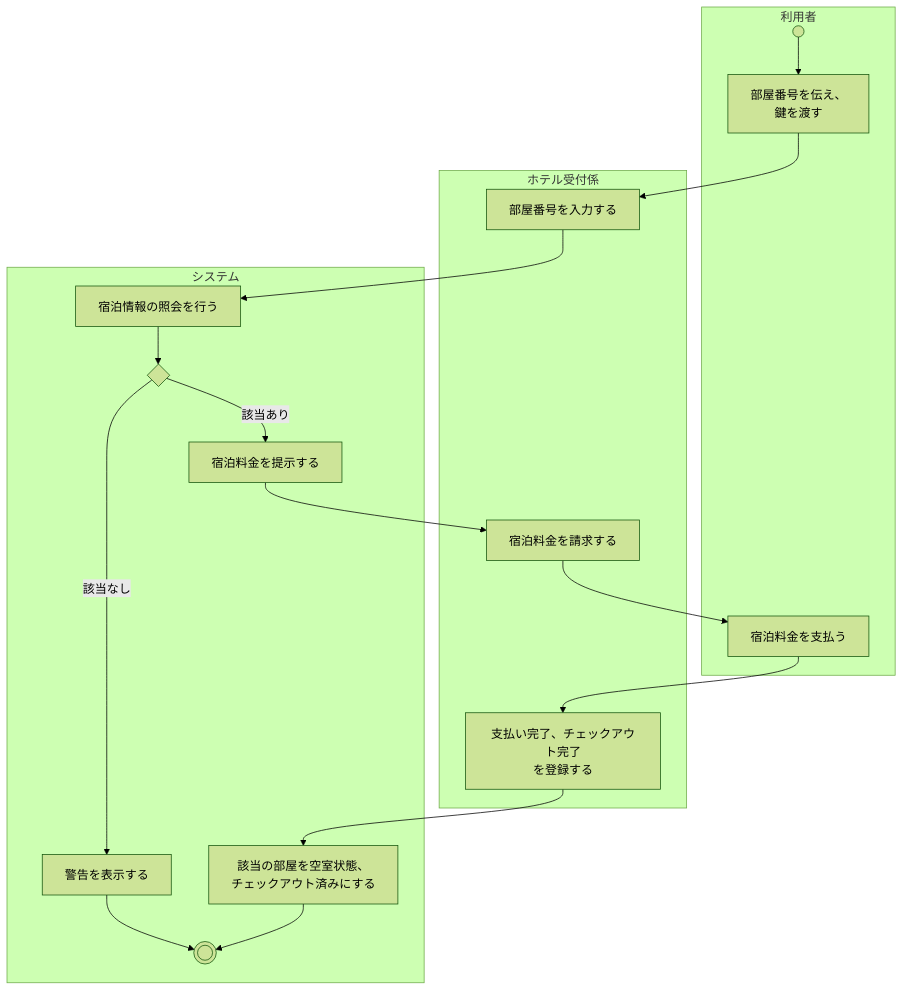
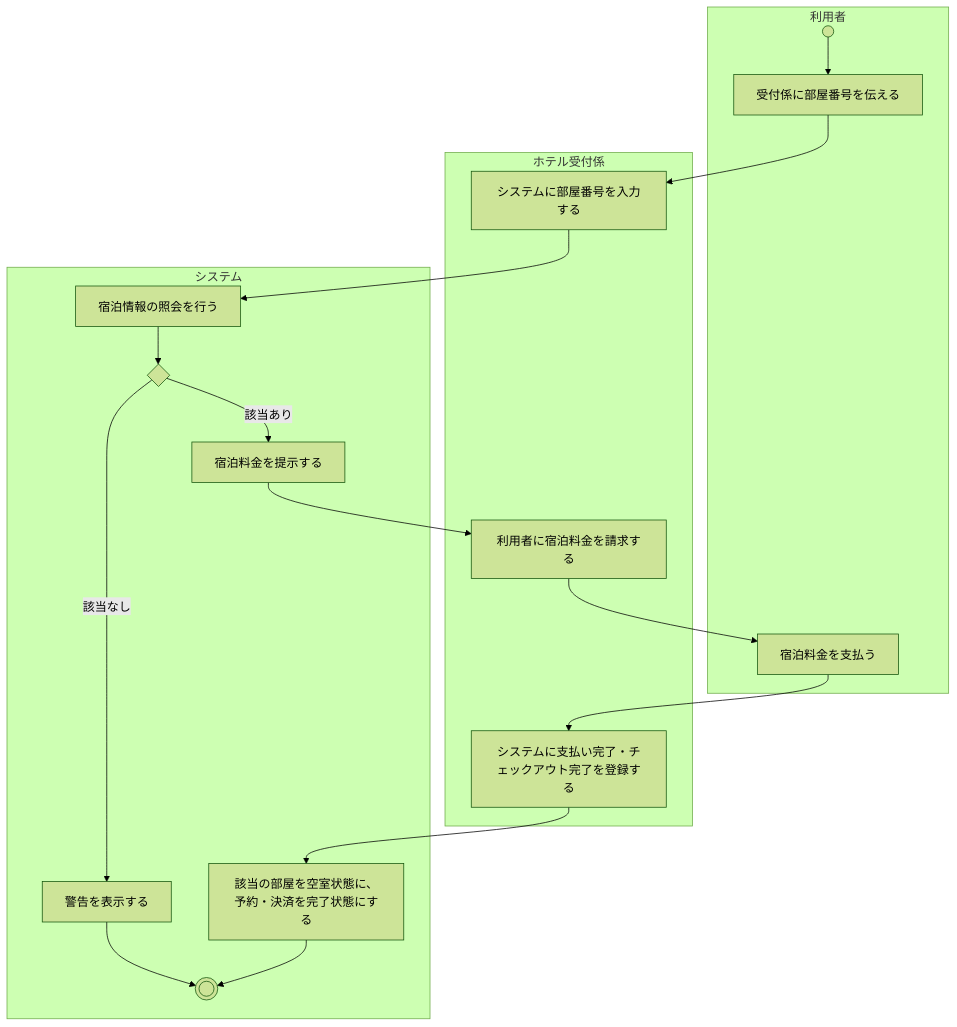
Before and after one commit to Kohki-tyl/HRS: the fourth of 4 diagrams in Requirements_Analysis.md, drawn with Mermaid (forest theme). The commit also changed other lines of this file and 1 other file, not shown here.

````diff
--- a/Requirements_Analysis.md
+++ b/Requirements_Analysis.md
@@ -243,38 +244,37 @@
 ```mermaid
 flowchart TD
-    %% パーティション（スイムレーン）の定義
     subgraph U[利用者]
-        A0(( )) --> U1["部屋番号を伝え、<br/>鍵を渡す"]
+        A0(( )) --> U1[受付係に部屋番号を伝える]
         U2[宿泊料金を支払う]
     end
 
     subgraph C[ホテル受付係]
-        C1[部屋番号を入力する]
-        C2[宿泊料金を請求する]
-        C3["支払い完了、チェックアウト完了<br/>を登録する"]
+        C1[システムに部屋番号を入力する]
+        C2[利用者に宿泊料金を請求する]
+        C3[システムに支払い完了・チェックアウト完了を登録する]
     end
 
     subgraph S[システム]
         S1[宿泊情報の照会を行う]
         S2{ }
         S3[宿泊料金を提示する]
         S4[警告を表示する]
-        S5["該当の部屋を空室状態、<br/>チェックアウト済みにする"] --> A1((( )))
+        S5["該当の部屋を空室状態に、<br/>予約・決済を完了状態にする"] --> A1((( )))
     end
 
-    %% コントロールフローの定義
+    %% コントロールフロー
     U1 --> C1
     C1 --> S1
     S1 --> S2
 
     %% 条件分岐：該当ありルート
     S2 -->|該当あり| S3
     S3 --> C2
     C2 --> U2
     U2 --> C3
     C3 --> S5
 
     %% 条件分岐：該当なしルート
     S2 -->|該当なし| S4
     S4 --> A1
 ```
````
